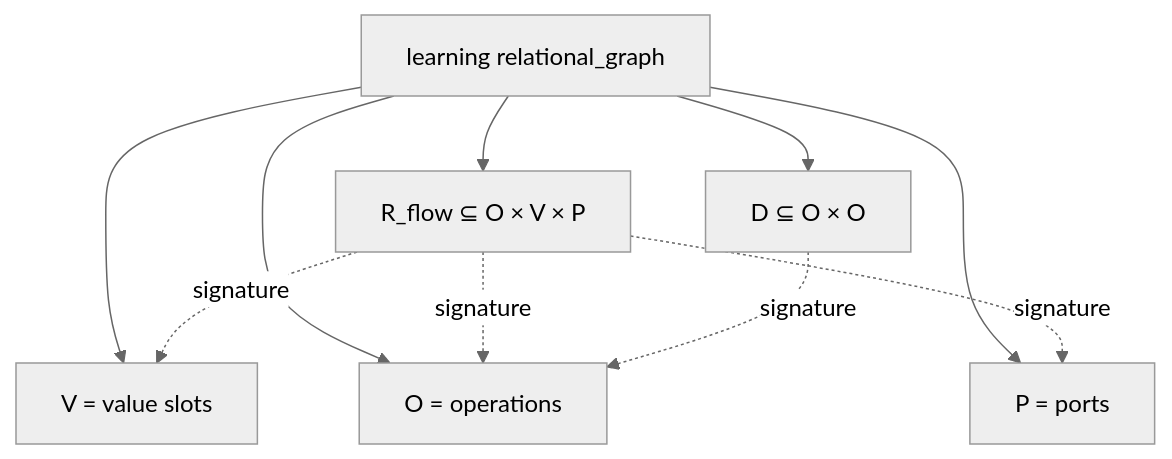
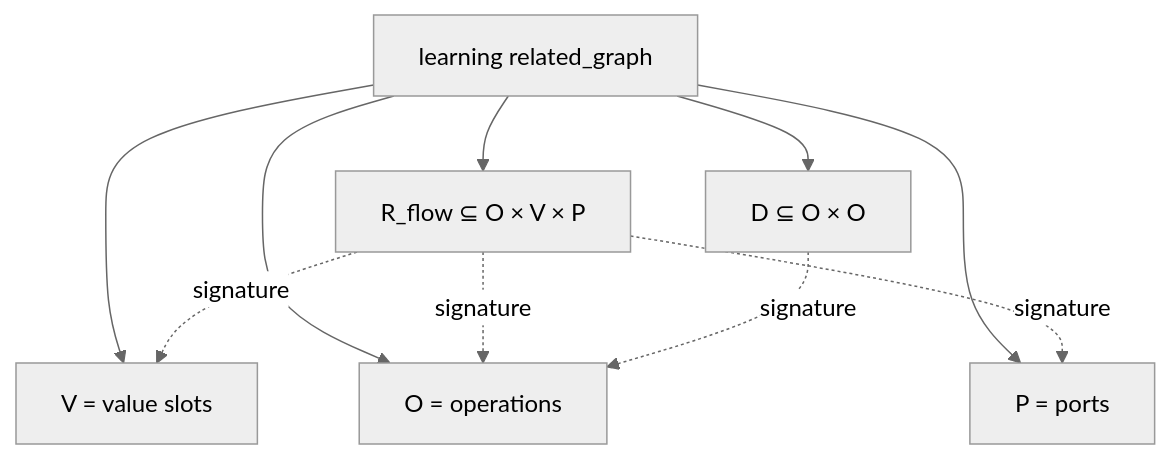
One commit to komahanb/unstructured-finite-volume changed the fourth of 12 diagrams in test/learning-tower/README.md. Above: the diagram before and after it, drawn with Mermaid (neutral theme). The commit also changed other lines of this file and 268 other files, not shown here.

````diff
--- a/test/learning-tower/README.md
+++ b/test/learning-tower/README.md
@@ -514,22 +514,22 @@
 ```mermaid
 flowchart TB
-    G["learning relational_graph"]
+    G["learning related_graph"]
 
     V["V = value slots"]
     O["O = operations"]
     P["P = ports"]
 
     R["R_flow ⊆ O × V × P"]
     D["D ⊆ O × O"]
 
     G --> V
     G --> O
     G --> P
     G --> R
     G --> D
 
     R -.signature.-> O
     R -.signature.-> V
     R -.signature.-> P
     D -.signature.-> O
 ```
````
